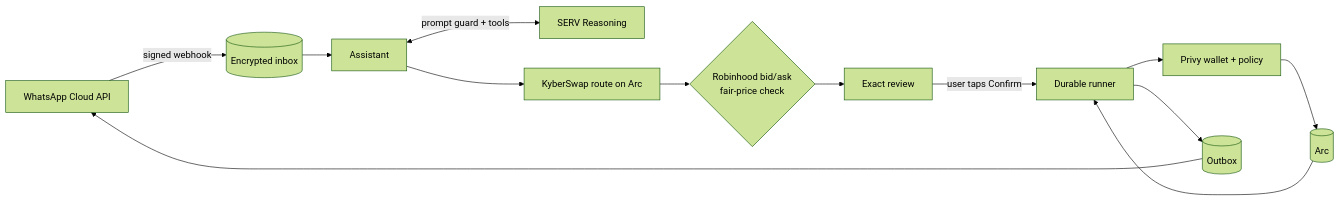
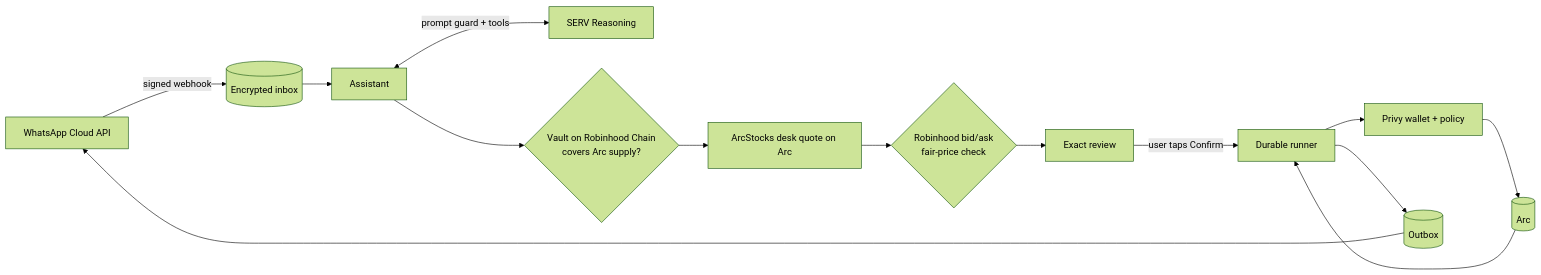
The diagram in README.md (Yilkash/pollenstocks), drawn with Mermaid (forest theme) before and after one commit. The commit also changed other lines of this file and 5 other files, not shown here.

Commit message:
docs: describe ArcStocks, the desk and the live backing check

````diff
--- a/README.md
+++ b/README.md
@@ -93,14 +109,15 @@
 ```mermaid
 flowchart LR
     WA[WhatsApp Cloud API] -->|signed webhook| IN[(Encrypted inbox)]
     IN --> AS[Assistant]
     AS <-->|prompt guard + tools| SERV[SERV Reasoning]
-    AS --> Q[KyberSwap route on Arc]
+    AS --> BACK{Vault on Robinhood Chain<br/>covers Arc supply?}
+    BACK --> Q[ArcStocks desk quote on Arc]
     Q --> FAIR{Robinhood bid/ask<br/>fair-price check}
     FAIR --> REV[Exact review]
     REV -->|user taps Confirm| RUN[Durable runner]
     RUN --> PRIVY[Privy wallet + policy]
     PRIVY --> ARC[(Arc)]
     ARC --> RUN
     RUN --> OUT[(Outbox)] --> WA
 ```
````
